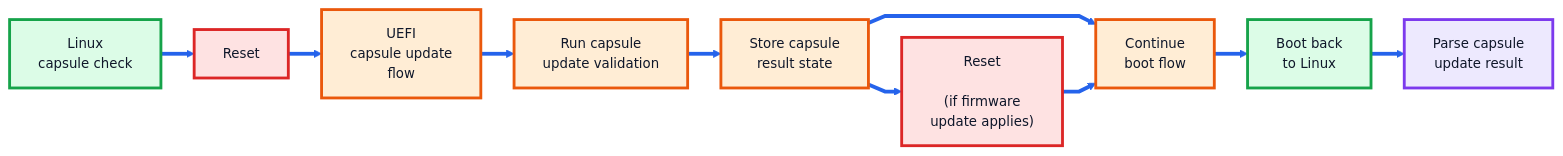
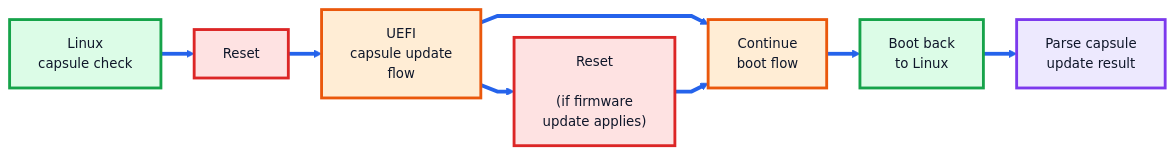
One commit to manjunath3divakar/arm-systemready changed the fifth of 8 diagrams in docs/systemredy_devicetree_band_flow.md. Above: the diagram before and after it, drawn with Mermaid.

Commit message:
Refactor UEFI capsule update flow in documentation

````diff
--- a/docs/systemredy_devicetree_band_flow.md
+++ b/docs/systemredy_devicetree_band_flow.md
@@ -267,45 +267,42 @@
 ```mermaid
 %%{init: {
   "theme": "base",
   "flowchart": {
     "curve": "linear",
     "nodeSpacing": 25,
     "rankSpacing": 35
   },
   "themeVariables": {
     "fontFamily": "Arial",
     "fontSize": "14px",
     "primaryBorderColor": "#0f172a",
     "lineColor": "#2563eb",
     "tertiaryColor": "#ffffff"
   }
 }}%%
 
 flowchart LR
 
     linkStyle default stroke:#2563eb,stroke-width:4px;
 
     A["Linux<br/>capsule check"]
     A --> R1["Reset"]
 
     R1 --> B["UEFI<br/>capsule update<br/>flow"]
-    B --> C["Run capsule<br/>update validation"]
-    C --> D["Store capsule<br/>result state"]
+    B --> R2["Reset<br/><br/>(if firmware<br/>update applies)"]
+    B --> C["Continue<br/>boot flow"]
 
-    D --> R2["Reset<br/><br/>(if firmware<br/>update applies)"]
-    D --> E["Continue<br/>boot flow"]
-
-    R2 --> E
-    E --> F["Boot back<br/>to Linux"]
-    F --> G["Parse capsule<br/>update result"]
+    R2 --> C
+    C --> D["Boot back<br/>to Linux"]
+    D --> E["Parse capsule<br/>update result"]
 
     classDef linux fill:#dcfce7,stroke:#16a34a,stroke-width:3px,color:#0f172a;
     classDef uefi fill:#ffedd5,stroke:#ea580c,stroke-width:3px,color:#0f172a;
     classDef reboot fill:#fee2e2,stroke:#dc2626,stroke-width:3px,color:#0f172a;
     classDef result fill:#ede9fe,stroke:#7c3aed,stroke-width:3px,color:#0f172a;
 
-    class A,F linux;
-    class B,C,D,E uefi;
+    class A,D linux;
+    class B,C uefi;
     class R1,R2 reboot;
-    class G result;
+    class E result;
 ```
````
